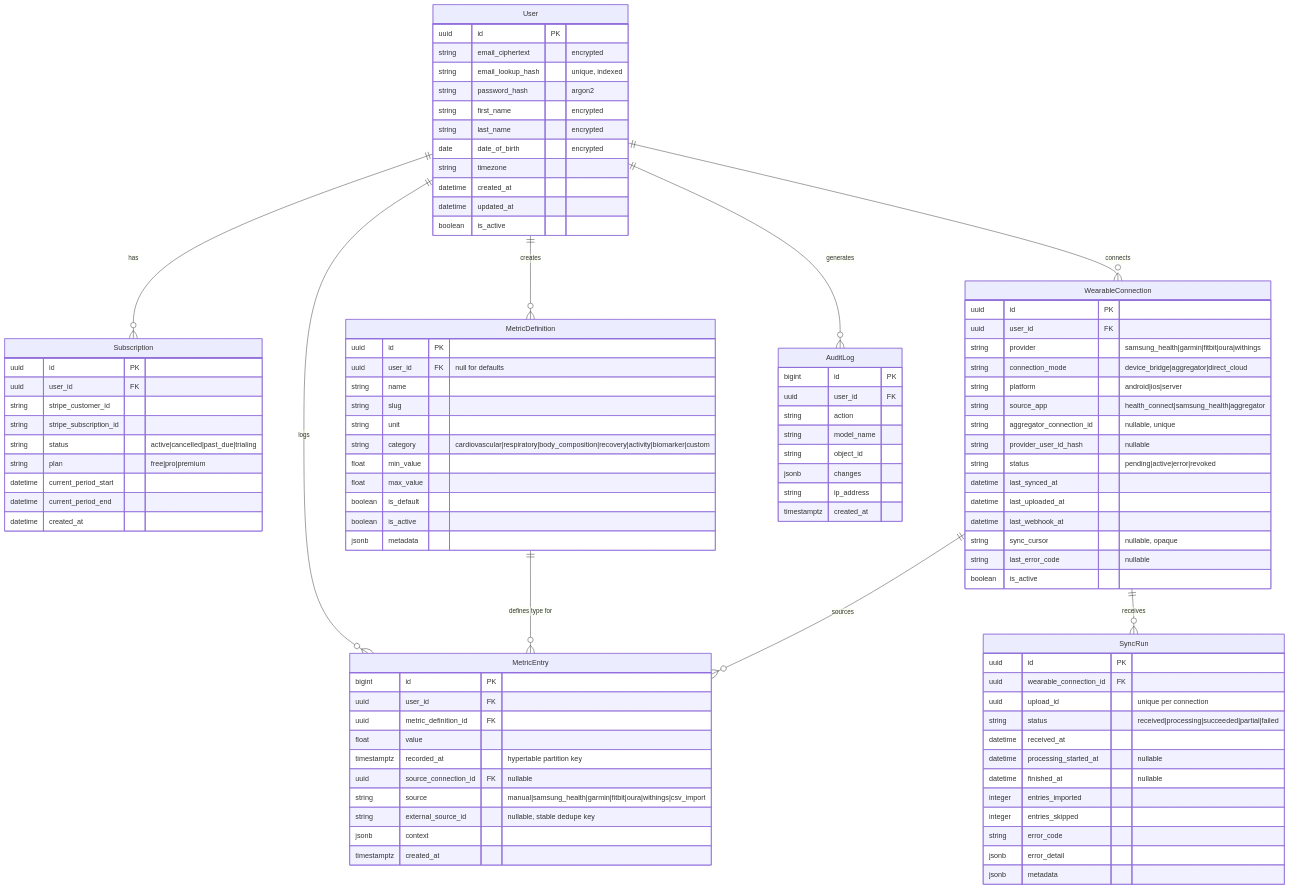
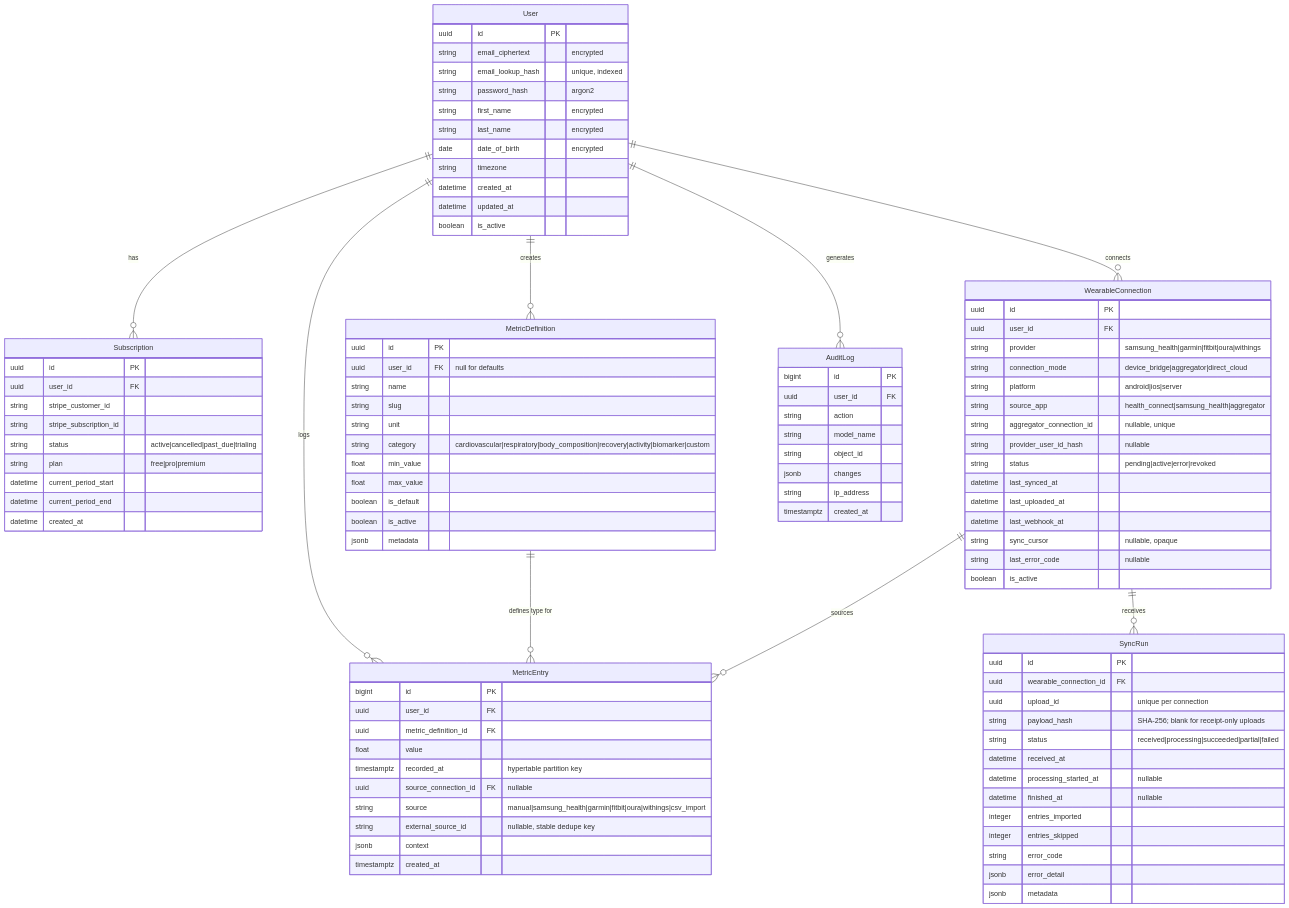
One commit to elvisrepo/long changed the diagram in reference_docs/knowledge/09-entity-relationship-diagram-database-design-sample-data.md. Above: the diagram before and after it, drawn with Mermaid. The commit also changed 7 other files, not shown here.

Commit message:
payload_hash "SHA-256, blank for receipt-only uploads"

```diff
--- a/reference_docs/knowledge/09-entity-relationship-diagram-database-design-sample-data.md
+++ b/reference_docs/knowledge/09-entity-relationship-diagram-database-design-sample-data.md
@@ -93,6 +93,7 @@
         uuid id PK
         uuid wearable_connection_id FK
         uuid upload_id "unique per connection"
+        string payload_hash "SHA-256; blank for receipt-only uploads"
         string status "received|processing|succeeded|partial|failed"
         datetime received_at
         datetime processing_started_at "nullable"
```
